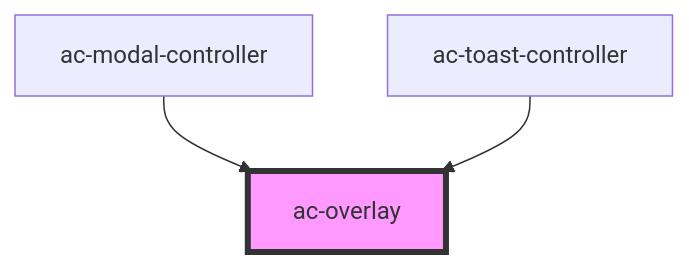
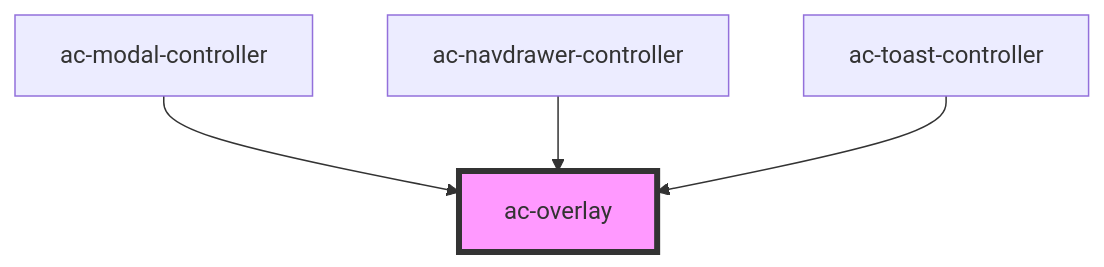
One commit to accera-tech/solar-components changed the diagram in src/components/portals/ac-overlay/readme.md. Above: the diagram before and after it, drawn with Mermaid. The commit also changed other lines of this file and 9 other files, not shown here.

````diff
--- a/src/components/portals/ac-overlay/readme.md
+++ b/src/components/portals/ac-overlay/readme.md
@@ -47,6 +48,7 @@
 ```mermaid
 graph TD;
   ac-modal-controller --> ac-overlay
+  ac-navdrawer-controller --> ac-overlay
   ac-toast-controller --> ac-overlay
   style ac-overlay fill:#f9f,stroke:#333,stroke-width:4px
 ```
````
